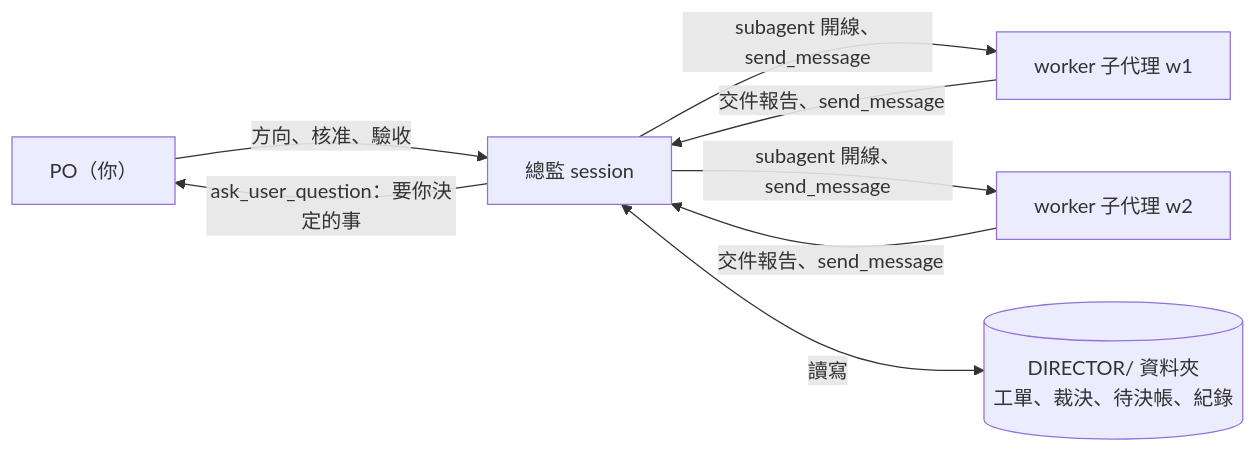
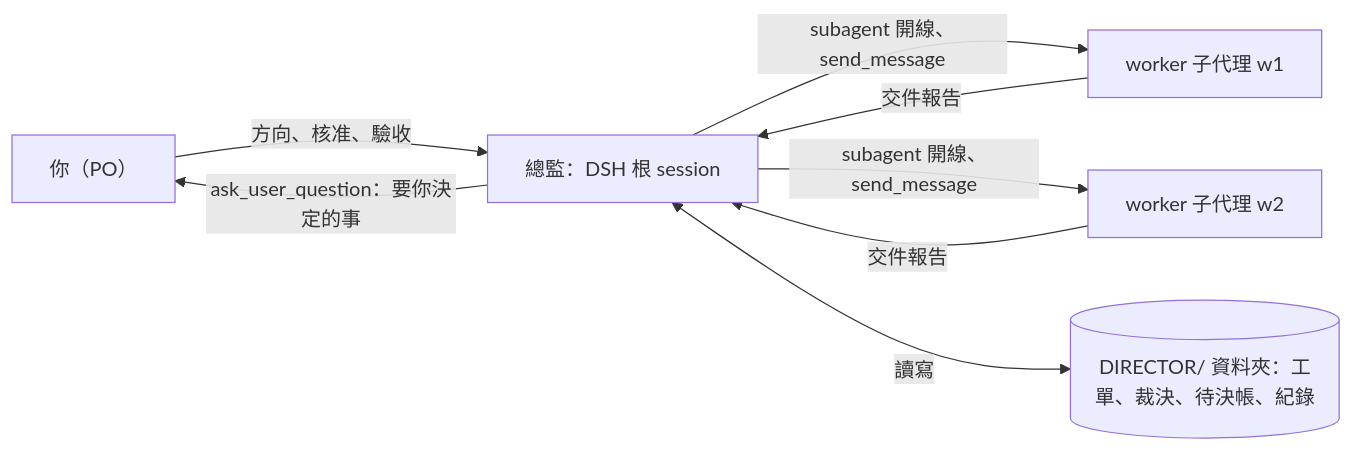
Before and after one commit to scottpuppylu/DIRECTOR-WORK-DeepSeek: the fourth of 10 diagrams in README.md, drawn with Mermaid. The commit also changed other lines of this file and 2 other files, not shown here.

````diff
--- a/README.md
+++ b/README.md
@@ -120,16 +199,16 @@
 ```mermaid
 flowchart LR
-    PO["PO（你）"]
-    D["總監 session"]
+    PO["你（PO）"]
+    D["總監：DSH 根 session"]
     W1["worker 子代理 w1"]
     W2["worker 子代理 w2"]
-    F[("DIRECTOR/ 資料夾<br/>工單、裁決、待決帳、紀錄")]
+    F[("DIRECTOR/ 資料夾：工單、裁決、待決帳、紀錄")]
 
-    PO -- "方向、核准、驗收" --> D
-    D -- "ask_user_question：要你決定的事" --> PO
-    D -- "subagent 開線、send_message" --> W1
-    D -- "subagent 開線、send_message" --> W2
-    W1 -- "交件報告、send_message" --> D
-    W2 -- "交件報告、send_message" --> D
-    D <-- "讀寫" --> F
+    PO -->|"方向、核准、驗收"| D
+    D -->|"ask_user_question：要你決定的事"| PO
+    D -->|"subagent 開線、send_message"| W1
+    D -->|"subagent 開線、send_message"| W2
+    W1 -->|"交件報告"| D
+    W2 -->|"交件報告"| D
+    D <-->|"讀寫"| F
 ```
````
